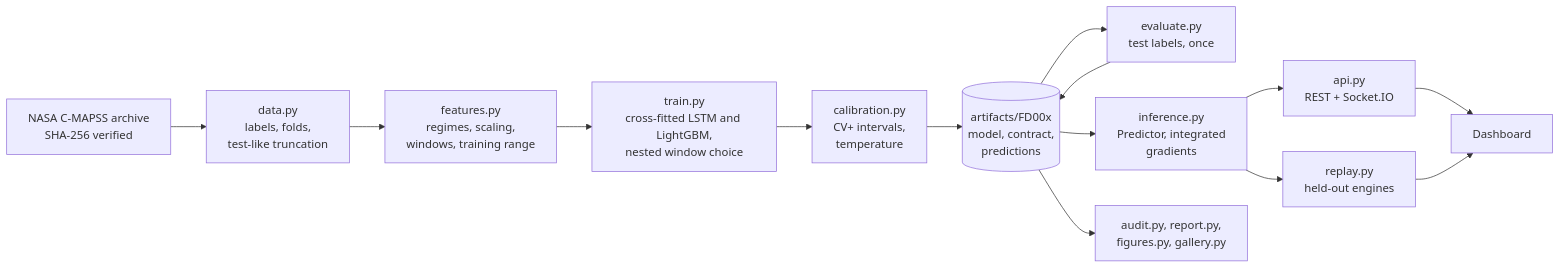
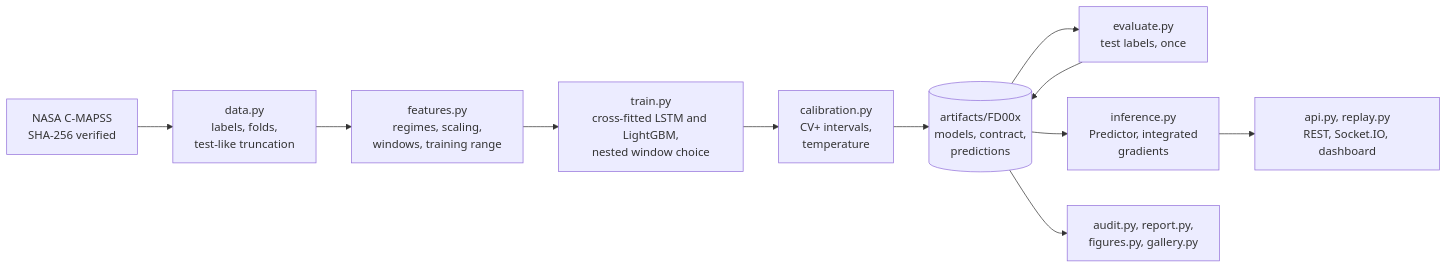
The diagram in README.md (easensoy/ml-predictive-maintenance-system), drawn with Mermaid before and after one commit. The commit also changed other lines of this file and 3 other files, not shown here.

````diff
--- a/README.md
+++ b/README.md
@@ -294,16 +302,13 @@
 ```mermaid
 flowchart LR
-    A["NASA C-MAPSS archive<br/>SHA-256 verified"] --> B["data.py<br/>labels, folds,<br/>test-like truncation"]
+    A["NASA C-MAPSS<br/>SHA-256 verified"] --> B["data.py<br/>labels, folds,<br/>test-like truncation"]
     B --> C["features.py<br/>regimes, scaling,<br/>windows, training range"]
     C --> D["train.py<br/>cross-fitted LSTM and LightGBM,<br/>nested window choice"]
     D --> E["calibration.py<br/>CV+ intervals,<br/>temperature"]
-    E --> F[("artifacts/FD00x<br/>model, contract,<br/>predictions")]
+    E --> F[("artifacts/FD00x<br/>models, contract,<br/>predictions")]
     F --> M["evaluate.py<br/>test labels, once"]
     M --> F
     F --> G["inference.py<br/>Predictor, integrated<br/>gradients"]
-    G --> H["api.py<br/>REST + Socket.IO"]
-    G --> I["replay.py<br/>held-out engines"]
-    H --> K["Dashboard"]
-    I --> K
+    G --> H["api.py, replay.py<br/>REST, Socket.IO, dashboard"]
     F --> L["audit.py, report.py,<br/>figures.py, gallery.py"]
 ```
````
